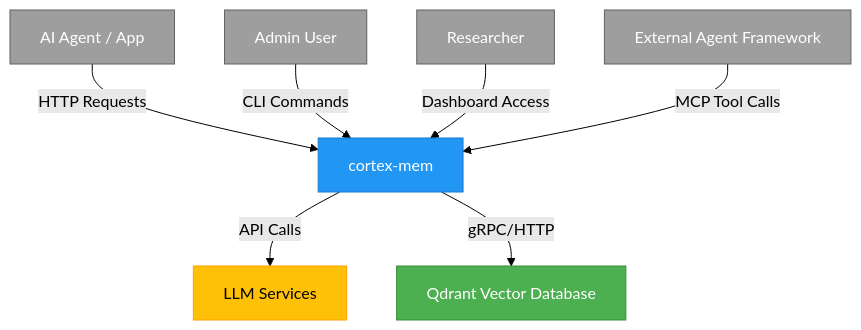
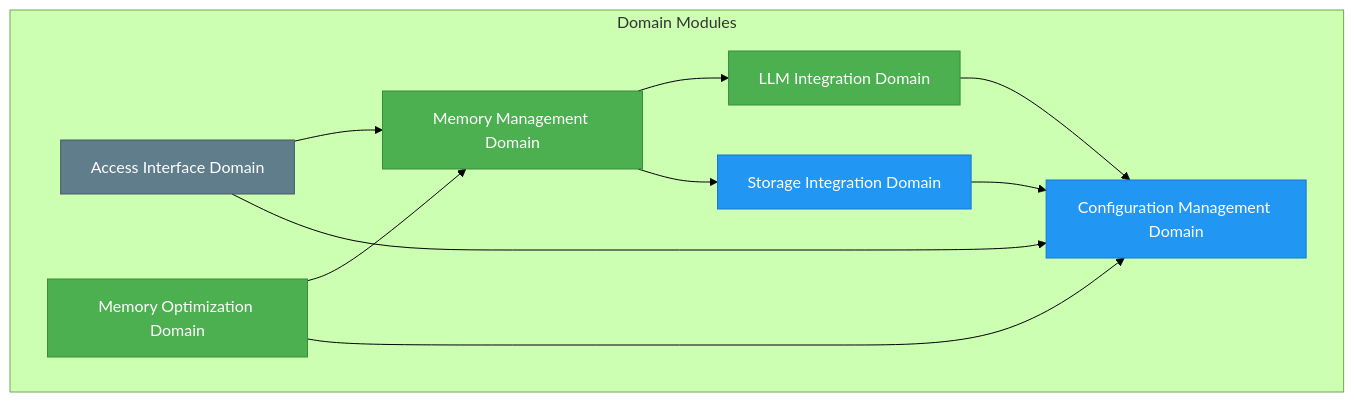
The second of 8 diagrams in litho.docs/2.Architecture.md (sopaco/cortex-mem), drawn with Mermaid (forest theme) before and after one commit. The commit also changed other lines of this file and 11 other files, not shown here.

````diff
--- a/litho.docs/2.Architecture.md
+++ b/litho.docs/2.Architecture.md
@@ -79,20 +136,27 @@
 ```mermaid
 graph TD
-    A[cortex-mem] -->|API Calls| B[LLM Services]
-    A -->|gRPC/HTTP| C[Qdrant Vector Database]
-    D[AI Agent / App] -->|HTTP Requests| A
-    E[Admin User] -->|CLI Commands| A
-    F[Researcher] -->|Dashboard Access| A
-    G[External Agent Framework] -->|MCP Tool Calls| A
+    subgraph Domains [Domain Modules]
+        MMD[Memory Management Domain]
+        MOD[Memory Optimization Domain]
+        LLM[LLM Integration Domain]
+        SID[Storage Integration Domain]
+        AID[Access Interface Domain]
+        CMD[Configuration Management Domain]
+    end
 
-    style A fill:#2196F3,stroke:#1976D2,color:white
-    style B fill:#FFC107,stroke:#FFA000,color:black
-    style C fill:#4CAF50,stroke:#388E3C,color:white
-    style D fill:#9E9E9E,stroke:#616161,color:white
-    style E fill:#9E9E9E,stroke:#616161,color:white
-    style F fill:#9E9E9E,stroke:#616161,color:white
-    style G fill:#9E9E9E,stroke:#616161,color:white
+    AID --> MMD
+    MMD --> LLM
+    MMD --> SID
+    MOD --> MMD
+    LLM --> CMD
+    SID --> CMD
+    MOD --> CMD
+    AID --> CMD
 
-    classDef user fill:#9E9E9E,stroke:#616161,color:white;
-    class D,E,F,G user;
+    style MMD fill:#4CAF50,stroke:#388E3C,color:white
+    style MOD fill:#4CAF50,stroke:#388E3C,color:white
+    style LLM fill:#4CAF50,stroke:#388E3C,color:white
+    style SID fill:#2196F3,stroke:#1976D2,color:white
+    style CMD fill:#2196F3,stroke:#1976D2,color:white
+    style AID fill:#607D8B,stroke:#455A64,color:white
 ```
````
